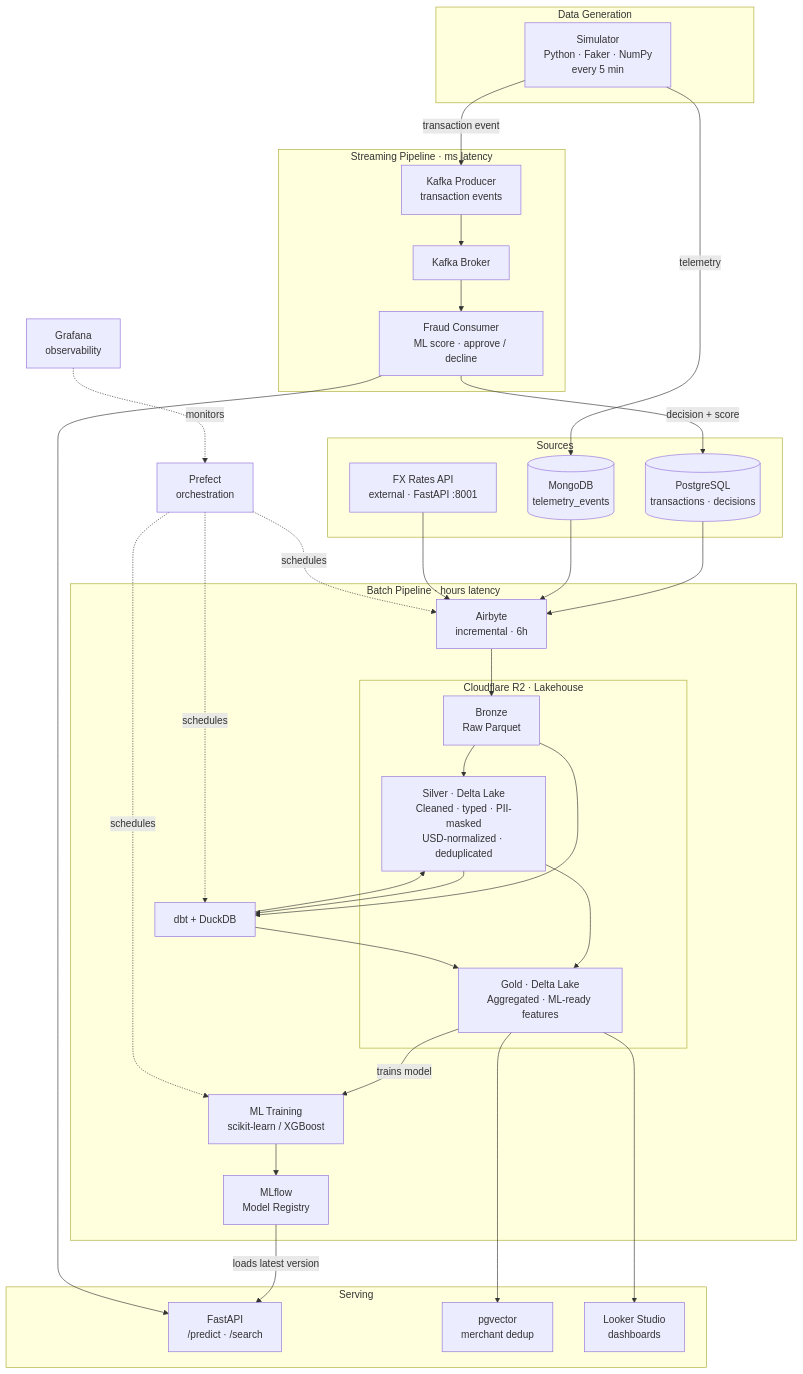
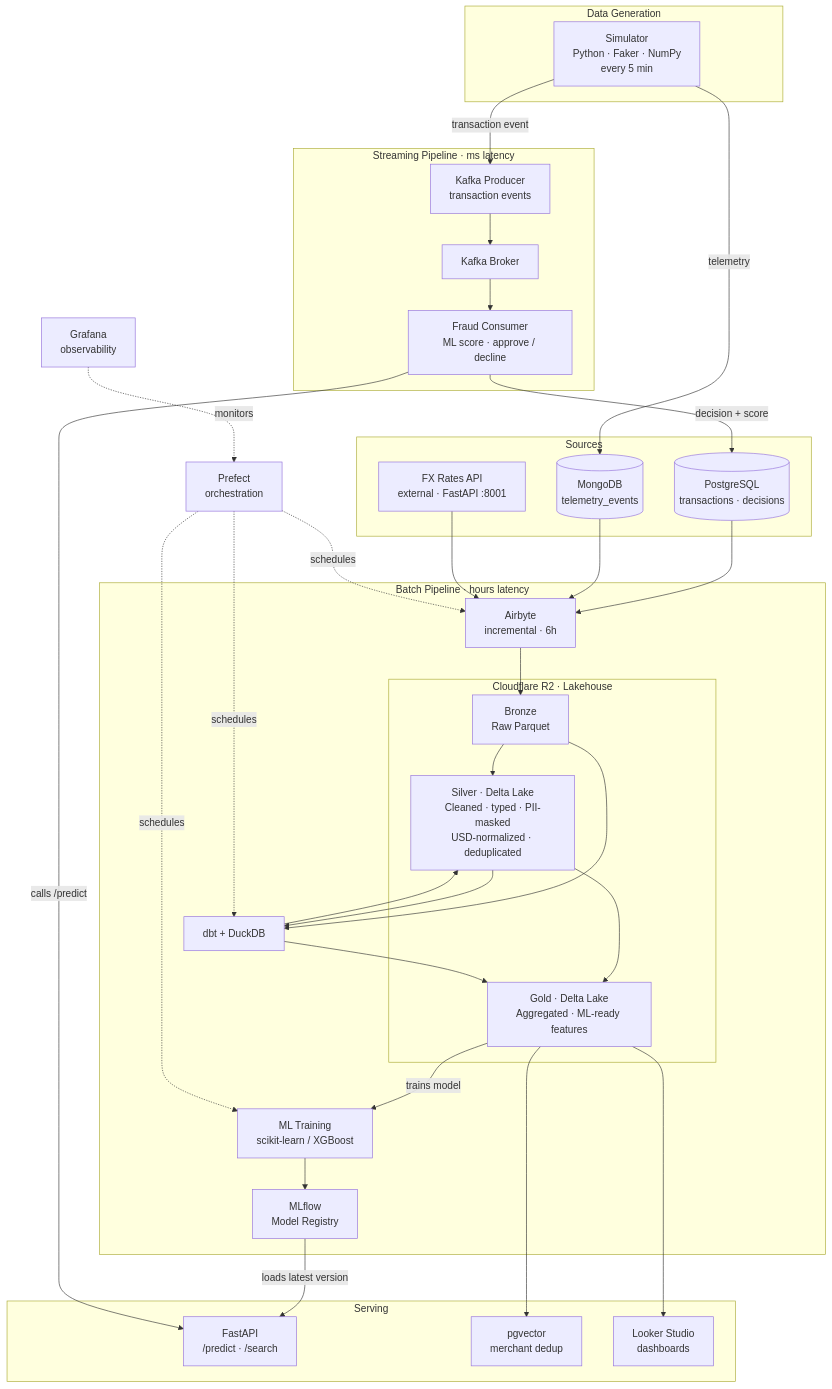
Before and after one commit to vifestudio/payflow-data-platform: the diagram in README.md, drawn with Mermaid.

Commit message:
docs: clarify Fraud Consumer calls FastAPI /predict in diagram

````diff
--- a/README.md
+++ b/README.md
@@ -9,51 +9,51 @@
 ```mermaid
 flowchart TD
     subgraph SIM["Data Generation"]
         S["Simulator\nPython · Faker · NumPy\nevery 5 min"]
     end
 
     subgraph STREAMING["Streaming Pipeline · ms latency"]
         KP["Kafka Producer\ntransaction events"]
         KB["Kafka Broker"]
         KC["Fraud Consumer\nML score · approve / decline"]
     end
 
     subgraph SOURCES["Sources"]
         PG[(PostgreSQL\ntransactions · decisions)]
         MG[(MongoDB\ntelemetry_events)]
         FX["FX Rates API\nexternal · FastAPI :8001"]
     end
 
     subgraph BATCH["Batch Pipeline · hours latency"]
         AB["Airbyte\nincremental · 6h"]
         subgraph LAKE["Cloudflare R2 · Lakehouse"]
             B["Bronze\nRaw Parquet"]
             SI["Silver · Delta Lake\nCleaned · typed · PII-masked\nUSD-normalized · deduplicated"]
             G["Gold · Delta Lake\nAggregated · ML-ready features"]
             B --> SI --> G
         end
         DBT["dbt + DuckDB"]
         ML["ML Training\nscikit-learn / XGBoost"]
         MLF["MLflow\nModel Registry"]
     end
 
     subgraph SERVING["Serving"]
         API["FastAPI\n/predict · /search"]
         VEC["pgvector\nmerchant dedup"]
         BI["Looker Studio\ndashboards"]
     end
 
     S -->|"transaction event"| KP --> KB --> KC
     S -->|"telemetry"| MG
     KC -->|"decision + score"| PG
     PG & MG & FX --> AB --> B
     B --> DBT --> SI
     SI --> DBT --> G
     G -->|"trains model"| ML --> MLF
     G --> VEC & BI
     MLF -->|"loads latest version"| API
-    KC --> API
+    KC -->|"calls /predict"| API
 
     PREF["Prefect\norchestration"] -. schedules .-> AB & DBT & ML
     GRAF["Grafana\nobservability"] -. monitors .-> PREF
 ```
````
